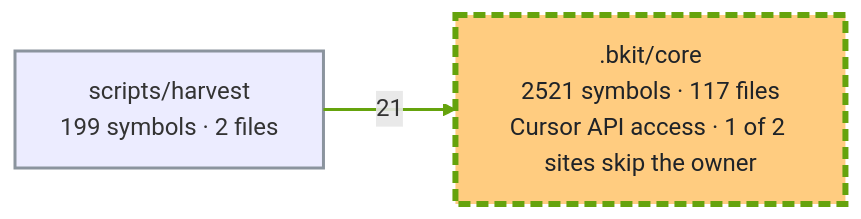
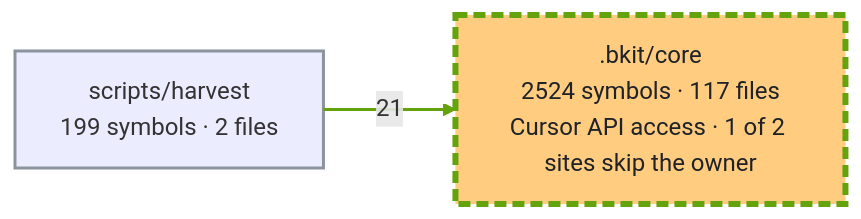
Before and after one commit to cbartens/bkit: the second of 3 diagrams in docs/capabilities.md, drawn with Mermaid. The commit also changed other lines of this file, not shown here.

Commit message:
docs(205): refresh capabilities graph for the model-registry symbols

````diff
--- a/docs/capabilities.md
+++ b/docs/capabilities.md
@@ -169,16 +169,16 @@
 ```mermaid
 ---
 config:
   layout: elk
   flowchart:
     useMaxWidth: false
 ---
 flowchart LR
-  %% Generated by bkit-graphify-rollup.py from 84f59670947bda23bd5ccce2c3632651e574a4c6 — do not edit
-  n_bkit_core[".bkit/core<br/>2521 symbols · 117 files<br/>Cursor API access · 1 of 2 sites skip the owner"]
+  %% Generated by bkit-graphify-rollup.py from 8de62c634e1a459da0378520df874086489252c9 — do not edit
+  n_bkit_core[".bkit/core<br/>2524 symbols · 117 files<br/>Cursor API access · 1 of 2 sites skip the owner"]
   nscripts_harvest["scripts/harvest<br/>199 symbols · 2 files"]
   nscripts_harvest -->|21| n_bkit_core
   style n_bkit_core stroke:#65a30d,stroke-width:4px,stroke-dasharray:8 4,fill:#ffcc80,color:#1f2328
   style nscripts_harvest stroke:#8b949e,stroke-width:2px
   linkStyle 0 stroke:#65a30d,stroke-width:2px
 ```
````
